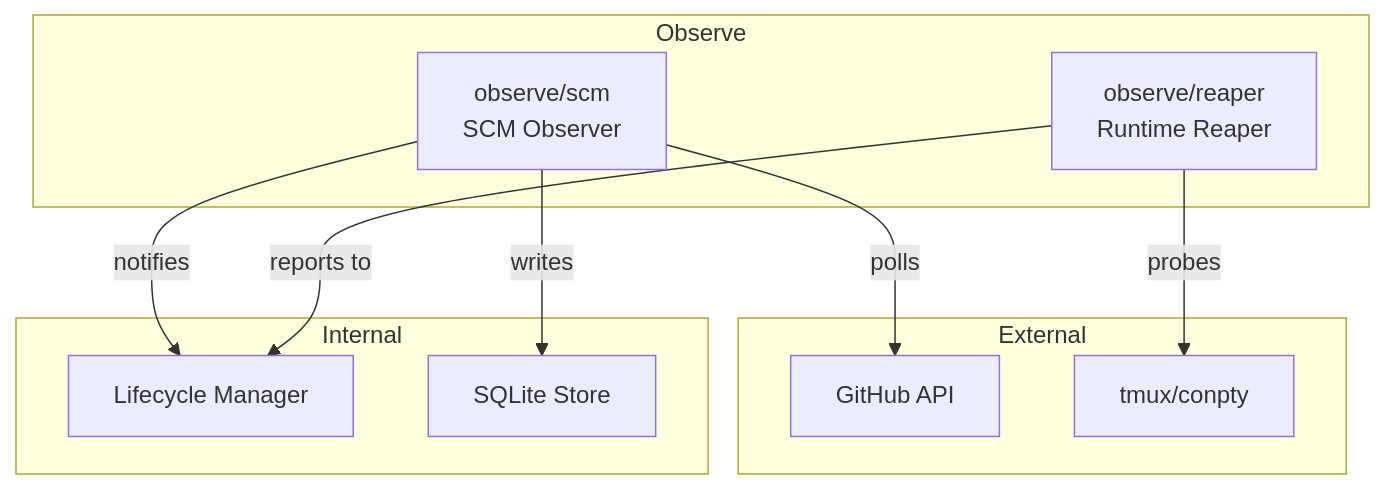
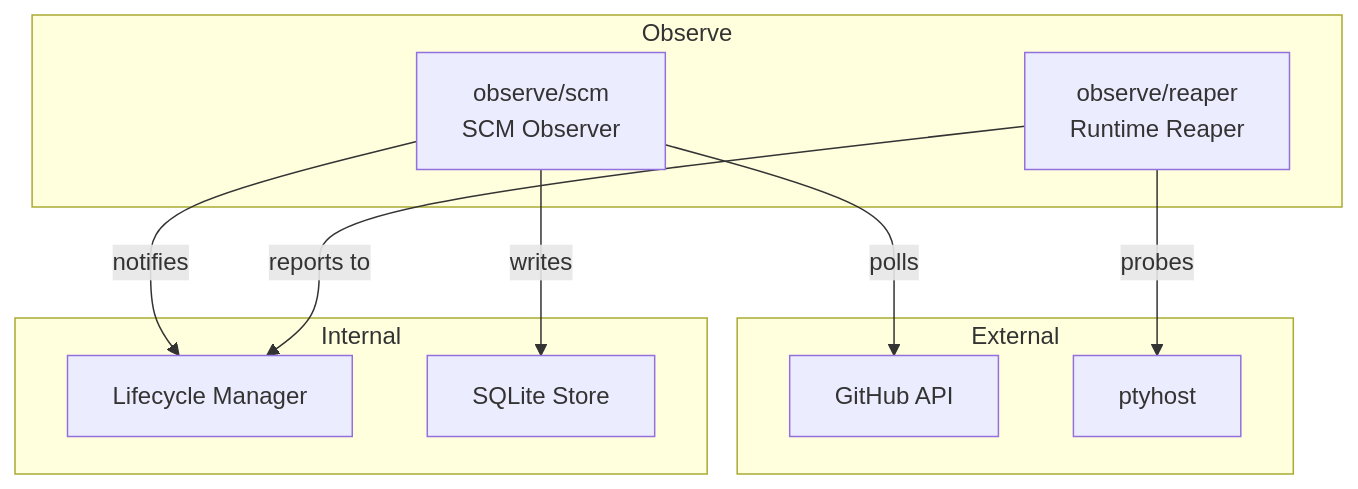
One commit to OmarAly92/Operator changed the tenth of 23 diagrams in docs/backend-code-structure.md. Above: the diagram before and after it, drawn with Mermaid. The commit also changed other lines of this file and 64 other files, not shown here.

````diff
--- a/docs/backend-code-structure.md
+++ b/docs/backend-code-structure.md
@@ -371,25 +371,25 @@
 ```mermaid
 graph TD
     subgraph Observe
         SCM[observe/scm<br/>SCM Observer]
         Reaper[observe/reaper<br/>Runtime Reaper]
     end
 
     subgraph External
         GitHub[GitHub API]
-        Runtimes[tmux/conpty]
+        Runtimes[ptyhost]
     end
 
     subgraph Internal
         LCM[Lifecycle Manager]
         Store[SQLite Store]
     end
 
     SCM -->|polls| GitHub
     SCM -->|writes| Store
     SCM -->|notifies| LCM
 
     Reaper -->|probes| Runtimes
     Reaper -->|reports to| LCM
 
 ```
````
